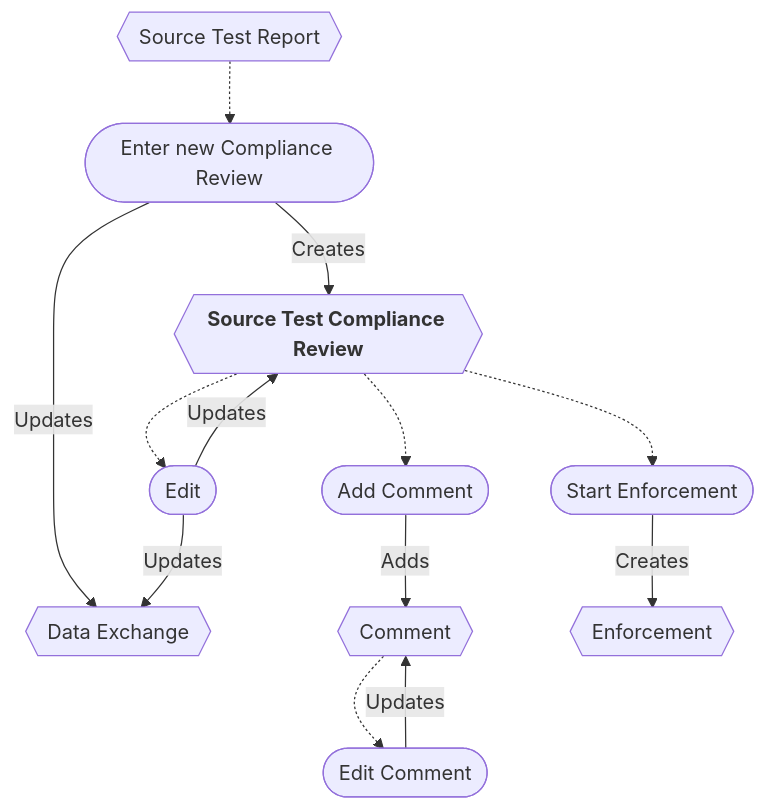
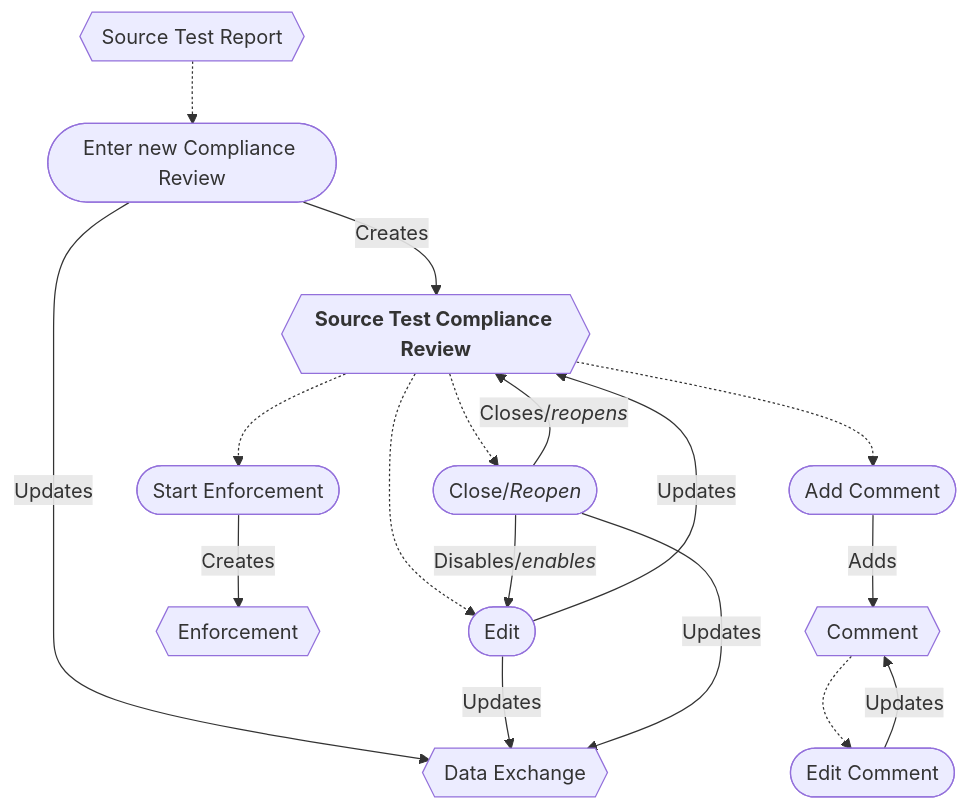
One commit to gaepdit/air-web changed the first of 2 diagrams in docs/Workflows/Work-entries/Source-Test-Review.md. Above: the diagram before and after it, drawn with Mermaid. The commit also changed other lines of this file and 8 other files, not shown here.

Commit message:
Update workflow diagrams

````diff
--- a/docs/Workflows/Work-entries/Source-Test-Review.md
+++ b/docs/Workflows/Work-entries/Source-Test-Review.md
@@ -9,29 +11,34 @@
 ```mermaid
 flowchart
     TST{{Source Test Report}}
-    STR{{"`**Source Test Compliance Review**`"}}
+    WRK{{"`**Source Test Compliance Review**`"}}
     DX{{Data Exchange}}
     CMT{{Comment}}
     ENF{{Enforcement}}
 
     enter([Enter new Compliance Review])
     comment([Add Comment])
     edit([Edit])
     enforce([Start Enforcement])
+    close(["`Close/*Reopen*`"])
     editComment([Edit Comment])
 
     TST -.-> enter
-    STR -.-> edit
-    STR -.-> comment
-    STR -.-> enforce
+    WRK -.-> edit
+    WRK -.-> close
+    WRK -.-> comment
+    WRK -.-> enforce
     CMT -.-> editComment
 
-    enter -->|Creates| STR
-    edit -->|Updates| STR
+    close -->|"`Disables/*enables*`"| edit
+
+    enter -->|Creates| WRK
+    edit -->|Updates| WRK
+    close -->|"`Closes/*reopens*`"| WRK
     editComment -->|Updates| CMT
     comment -->|Adds| CMT
     enforce -->|Creates| ENF
     enter -->|Updates| DX
     edit -->|Updates| DX
-
+    close --->|Updates| DX
 ```
````
